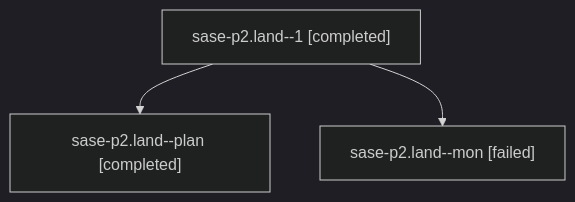
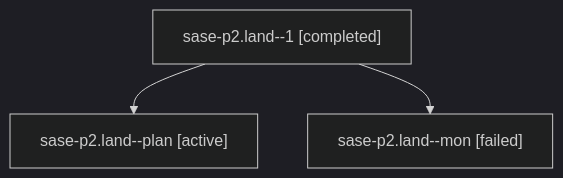
The diagram in families/bbugyi200.athena.sase-p2.land.md (sase-org/sase--agents), drawn with Mermaid (dark theme) before and after one commit. The commit also changed other lines of this file and 35830 other files, not shown here.

````diff
--- a/families/bbugyi200.athena.sase-p2.land.md
+++ b/families/bbugyi200.athena.sase-p2.land.md
@@ -9,8 +9,8 @@
 ```mermaid
 flowchart TD
   n0["sase-p2.land--1 [completed]"]
-  n1["sase-p2.land--plan [completed]"]
+  n1["sase-p2.land--plan [active]"]
   n0 --> n1
   n2["sase-p2.land--mon [failed]"]
   n0 --> n2
 ```
````
